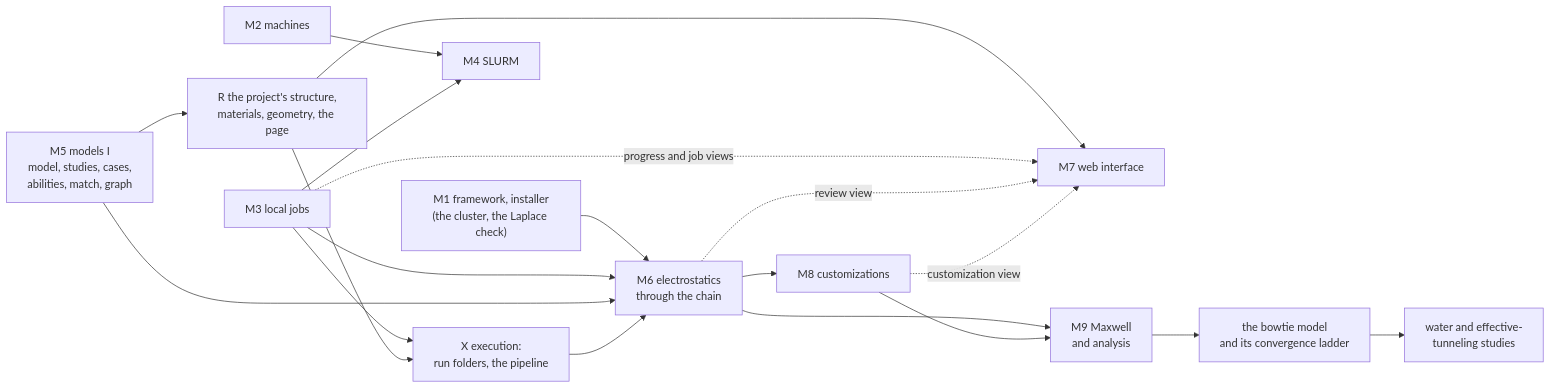
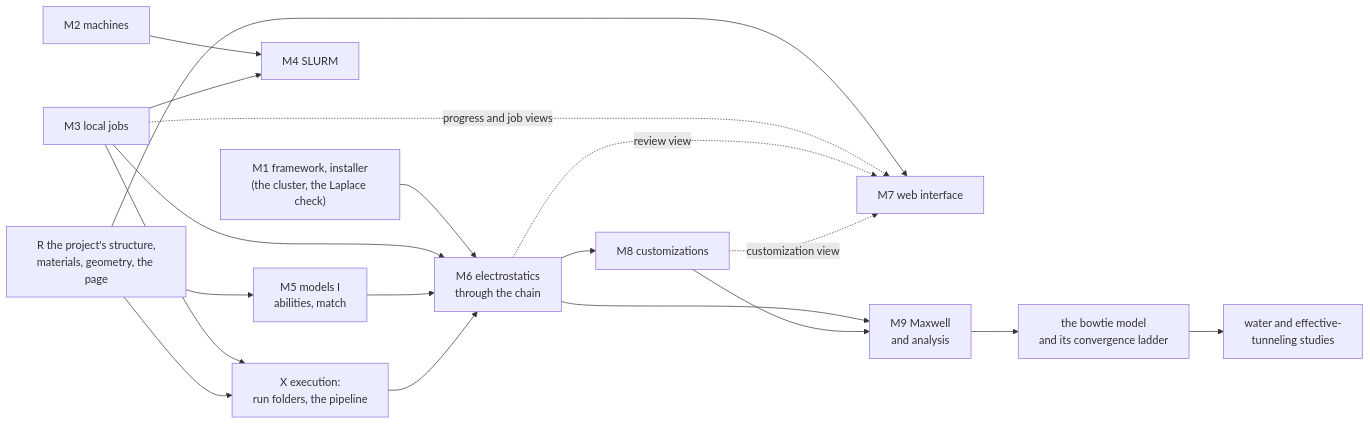
Before and after one commit to Qing-LAB/femkit: the diagram in docs/plans/plan.md, drawn with Mermaid. The commit also changed other lines of this file and 129 other files, not shown here.

````diff
--- a/docs/plans/plan.md
+++ b/docs/plans/plan.md
@@ -81,21 +81,21 @@
 ```mermaid
 flowchart LR
     M1["M1 framework, installer<br/>(the cluster, the Laplace check)"] --> M6
     M2["M2 machines"] --> M4["M4 SLURM"]
     M3["M3 local jobs"] --> M4
     M3 --> M6
     M3 --> X
-    M5["M5 models I<br/>model, studies, cases,<br/>abilities, match, graph"] --> M6["M6 electrostatics<br/>through the chain"]
-    M5 --> R["R the project's structure,<br/>materials, geometry, the page"]
+    R["R the project's structure,<br/>materials, geometry, the page"] --> M5["M5 models I<br/>abilities, match"]
+    M5 --> M6["M6 electrostatics<br/>through the chain"]
     R --> X["X execution:<br/>run folders, the pipeline"]
     X --> M6
     R --> M7["M7 web interface"]
     M3 -.->|"progress and job views"| M7
     M6 -.->|"review view"| M7
     M6 --> M8["M8 customizations"]
     M8 -.->|"customization view"| M7
     M6 --> M9["M9 Maxwell<br/>and analysis"]
     M8 --> M9
     M9 --> B["the bowtie model<br/>and its convergence ladder"]
     B --> S["water and effective-<br/>tunneling studies"]
 ```
````
